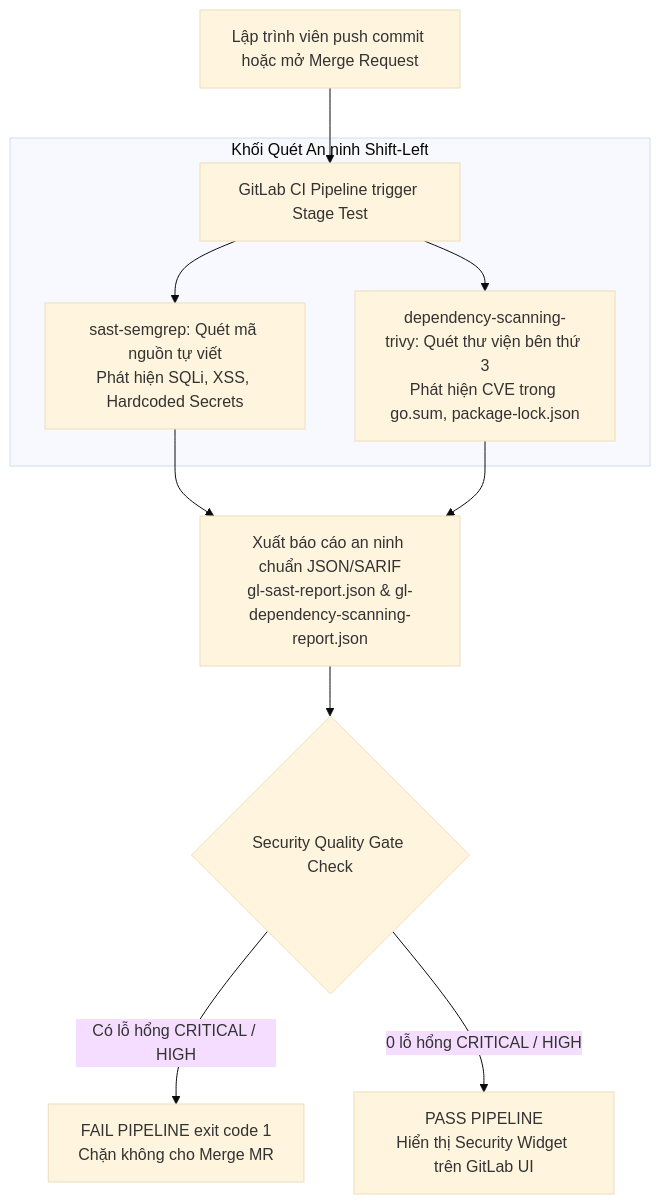
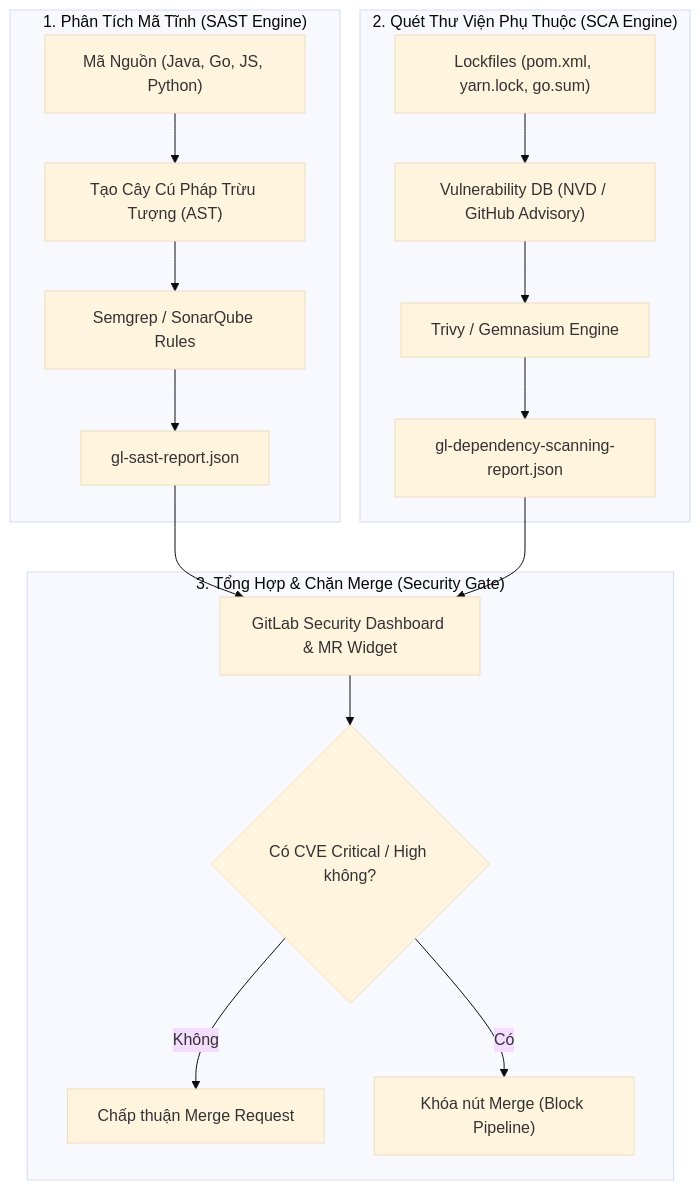
One commit to kiennt308/ntk changed the diagram in _posts/2026-09-12-gitlab-28-28-sast-va-dependency-scanning.md. Above: the diagram before and after it, drawn with Mermaid (base theme). The commit also changed other lines of this file and 48 other files, not shown here.

````diff
--- a/_posts/2026-09-12-gitlab-28-28-sast-va-dependency-scanning.md
+++ b/_posts/2026-09-12-gitlab-28-28-sast-va-dependency-scanning.md
@@ -56,16 +60,22 @@
 ```mermaid
 graph TD
-    A[Lập trình viên push commit hoặc mở Merge Request] --> B[GitLab CI Pipeline trigger Stage Test]
-    
-    subgraph Shift_Left_Security_Scan [Khối Quét An ninh Shift-Left]
-        B --> C1[sast-semgrep: Quét mã nguồn tự viết<br/>Phát hiện SQLi, XSS, Hardcoded Secrets]
-        B --> C2[dependency-scanning-trivy: Quét thư viện bên thứ 3<br/>Phát hiện CVE trong go.sum, package-lock.json]
+    subgraph STATIC_ANALYSIS["1. Phân Tích Mã Tĩnh (SAST Engine)"]
+        SRC["Mã Nguồn (Java, Go, JS, Python)"] --> AST_PARSER["Tạo Cây Cú Pháp Trừu Tượng (AST)"]
+        AST_PARSER --> SEMGREP["Semgrep / SonarQube Rules"]
+        SEMGREP --> SAST_REPORT["gl-sast-report.json"]
     end
-    
-    C1 --> D[Xuất báo cáo an ninh chuẩn JSON/SARIF<br/>gl-sast-report.json & gl-dependency-scanning-report.json]
-    C2 --> D
-    
-    D --> E{"Security Quality Gate Check"}
-    E -- Có lỗ hổng CRITICAL / HIGH --> F[FAIL PIPELINE exit code 1<br/>Chặn không cho Merge MR]
-    E -- 0 lỗ hổng CRITICAL / HIGH --> G[PASS PIPELINE<br/>Hiển thị Security Widget trên GitLab UI]
+
+    subgraph DEPENDENCY_SCANNING["2. Quét Thư Viện Phụ Thuộc (SCA Engine)"]
+        LOCKFILES["Lockfiles (pom.xml, yarn.lock, go.sum)"] --> VULN_DB["Vulnerability DB (NVD / GitHub Advisory)"]
+        VULN_DB --> TRIVY_SCAN["Trivy / Gemnasium Engine"]
+        TRIVY_SCAN --> DEP_REPORT["gl-dependency-scanning-report.json"]
+    end
+
+    subgraph GITLAB_SECURITY_DASHBOARD["3. Tổng Hợp & Chặn Merge (Security Gate)"]
+        SAST_REPORT --> DASHBOARD["GitLab Security Dashboard & MR Widget"]
+        DEP_REPORT --> DASHBOARD
+        DASHBOARD --> POLICY{"Có CVE Critical / High không?"}
+        POLICY -->|"Không"| ALLOW_MERGE["Chấp thuận Merge Request"]
+        POLICY -->|"Có"| BLOCK_MERGE["Khóa nút Merge (Block Pipeline)"]
+    end
 ```
````
